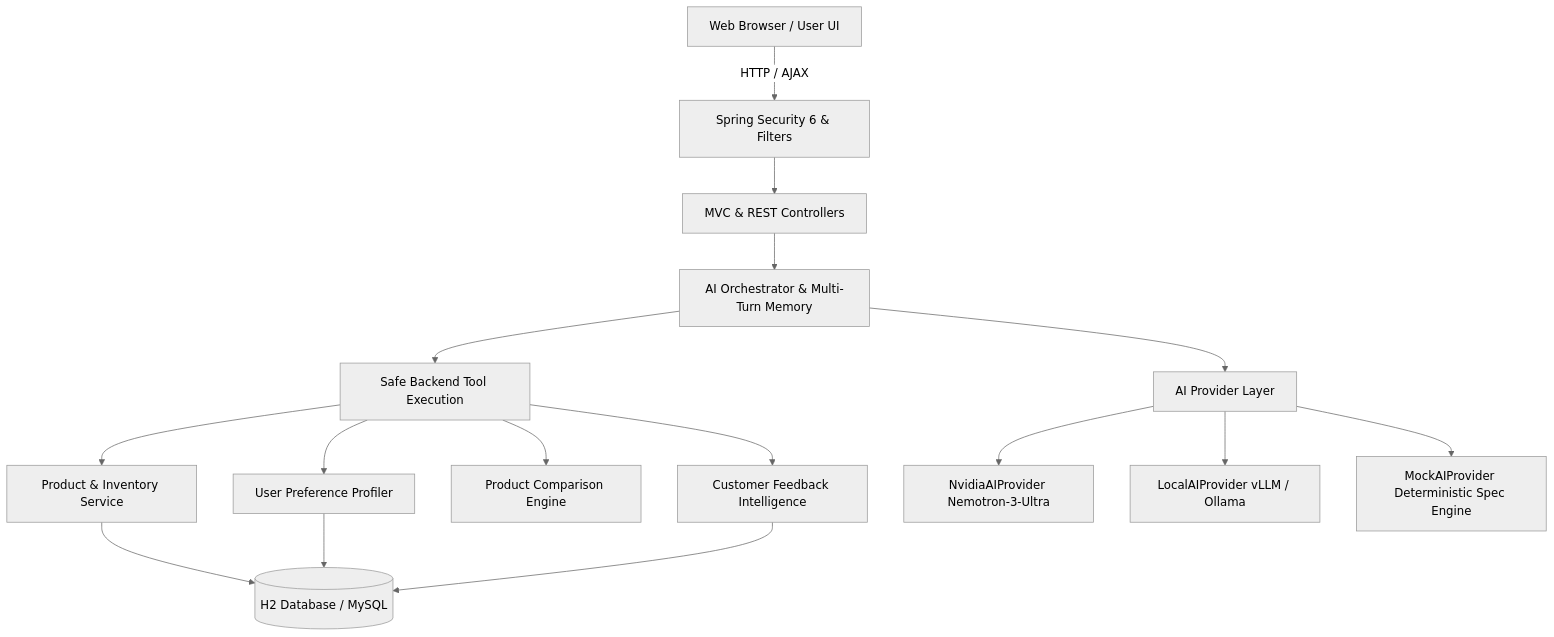
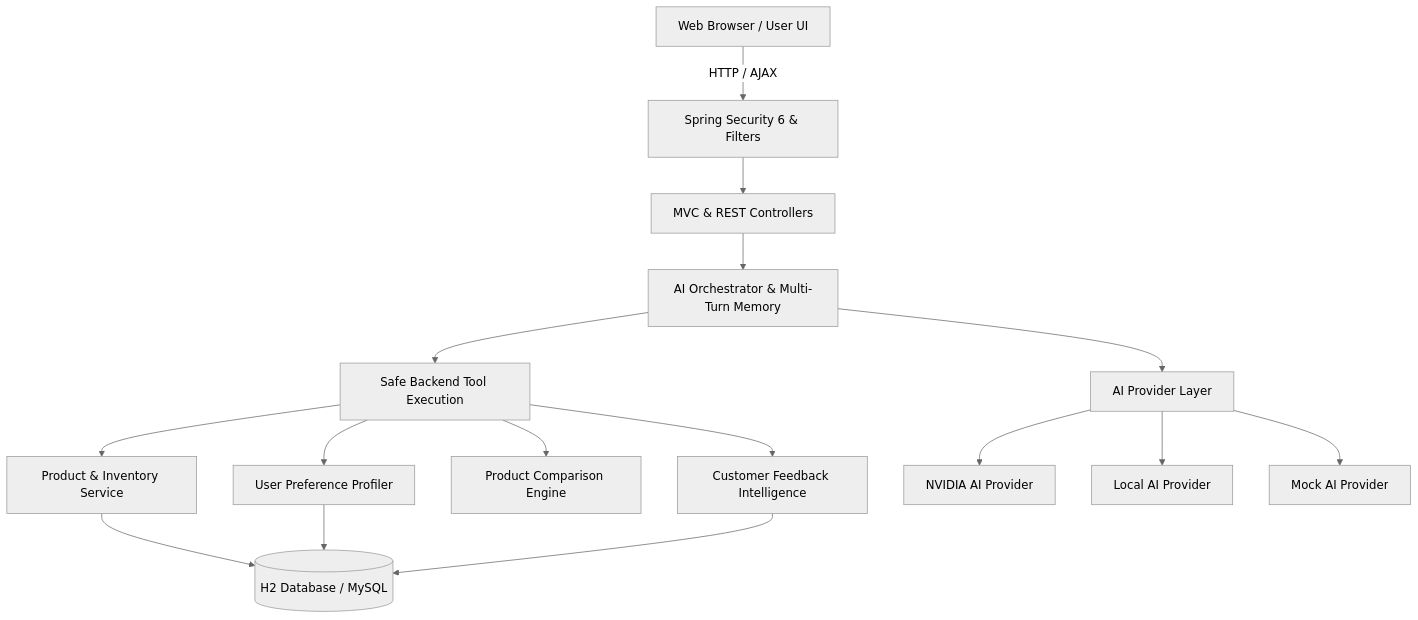
The diagram in README.md (shubhyagami/omnimart.ai), drawn with Mermaid (neutral theme) before and after one commit. The commit also changed other lines of this file, not shown here.

````diff
--- a/README.md
+++ b/README.md
@@ -62,21 +62,21 @@
 ```mermaid
 graph TD
     UserClient[Web Browser / User UI] -->|HTTP / AJAX| Security[Spring Security 6 & Filters]
     Security --> Controllers[MVC & REST Controllers]
     Controllers --> AIOrch[AI Orchestrator & Multi-Turn Memory]
     
     AIOrch --> ToolRouter[Safe Backend Tool Execution]
     ToolRouter --> ProductService[Product & Inventory Service]
     ToolRouter --> PreferenceService[User Preference Profiler]
     ToolRouter --> ComparisonService[Product Comparison Engine]
     ToolRouter --> FeedbackService[Customer Feedback Intelligence]
     
     AIOrch --> ProviderSwitch[AI Provider Layer]
-    ProviderSwitch --> Nvidia[NvidiaAIProvider Nemotron-3-Ultra]
-    ProviderSwitch --> LocalAI[LocalAIProvider vLLM / Ollama]
-    ProviderSwitch --> MockAI[MockAIProvider Deterministic Spec Engine]
+    ProviderSwitch --> Nvidia[NVIDIA AI Provider]
+    ProviderSwitch --> LocalAI[Local AI Provider]
+    ProviderSwitch --> MockAI[Mock AI Provider]
     
     ProductService --> DB[(H2 Database / MySQL)]
     PreferenceService --> DB
     FeedbackService --> DB
 ```
````
